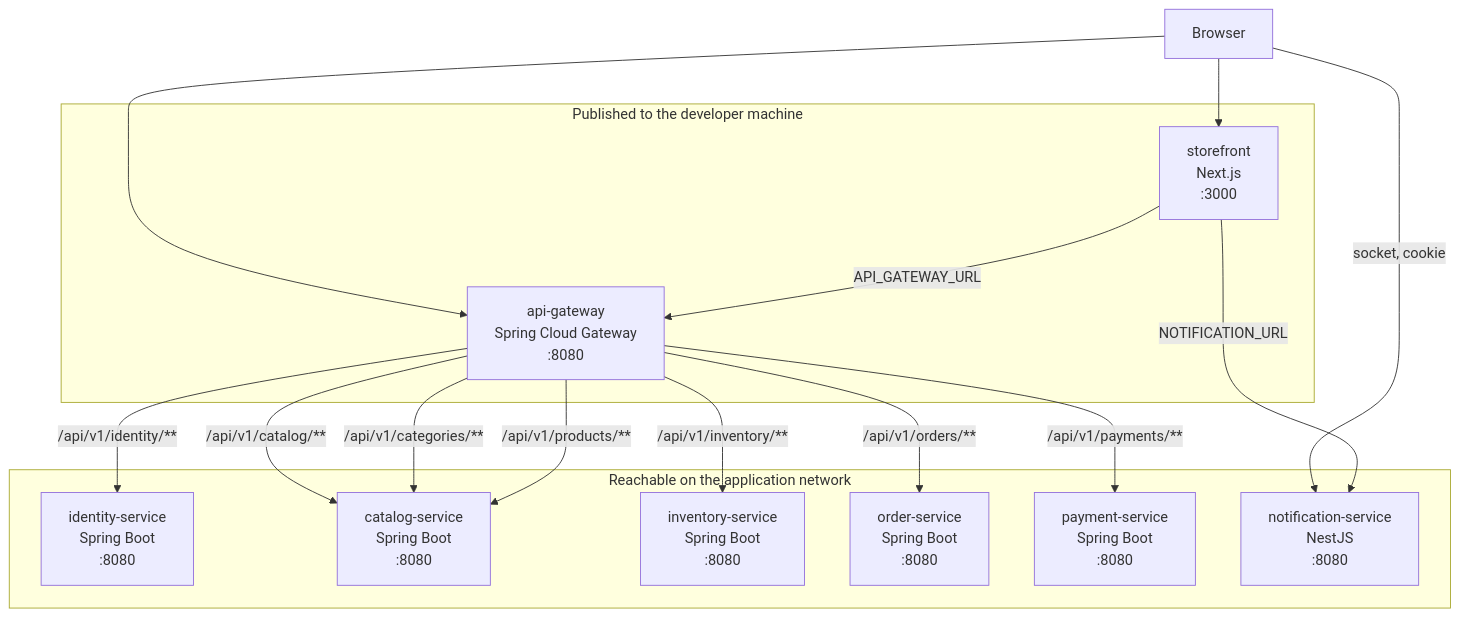
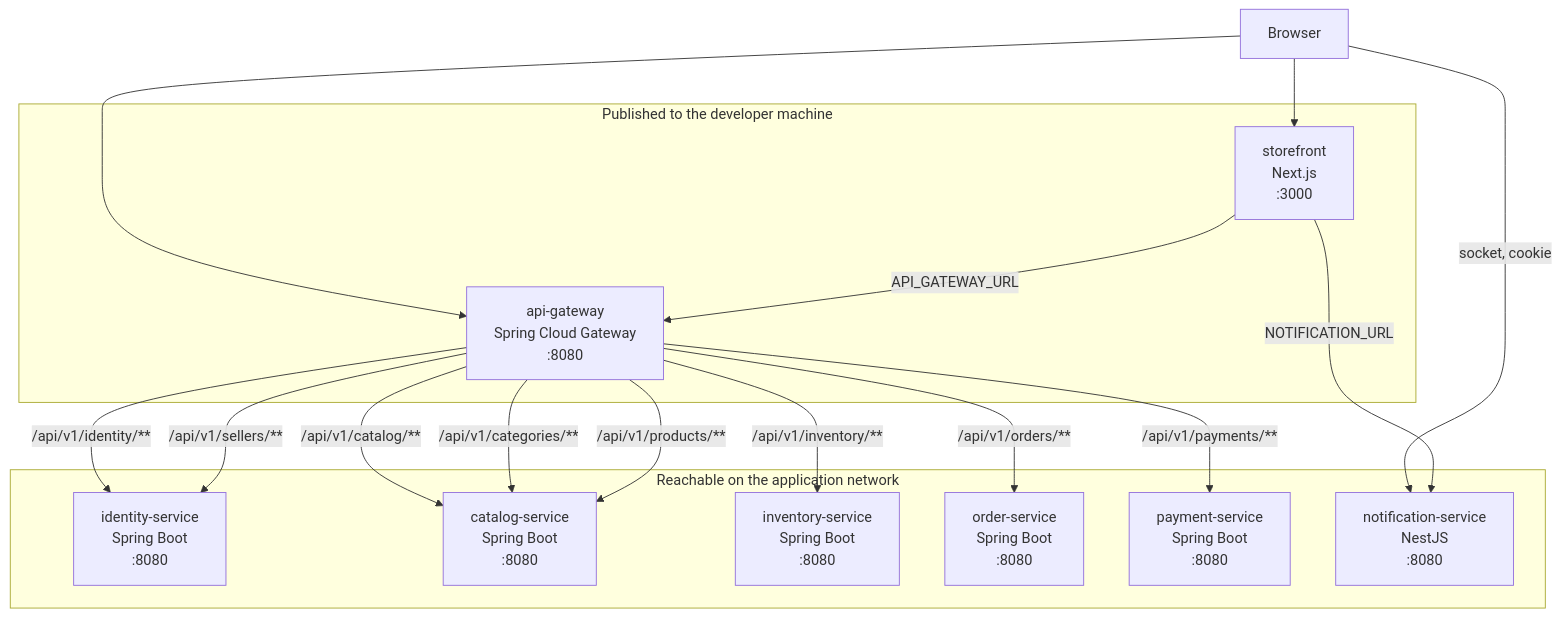
One commit to lecongnhat247/bazaar changed the diagram in docs/architecture/container-diagram.md. Above: the diagram before and after it, drawn with Mermaid. The commit also changed other lines of this file and 39 other files, not shown here.

````diff
--- a/docs/architecture/container-diagram.md
+++ b/docs/architecture/container-diagram.md
@@ -5,31 +5,32 @@
 ```mermaid
 flowchart TB
   browser[Browser]
 
   subgraph clientHost [Published to the developer machine]
     storefront["storefront<br/>Next.js<br/>:3000"]
     gateway["api-gateway<br/>Spring Cloud Gateway<br/>:8080"]
   end
 
   subgraph internal [Reachable on the application network]
     identity["identity-service<br/>Spring Boot<br/>:8080"]
     catalog["catalog-service<br/>Spring Boot<br/>:8080"]
     inventory["inventory-service<br/>Spring Boot<br/>:8080"]
     orders["order-service<br/>Spring Boot<br/>:8080"]
     payments["payment-service<br/>Spring Boot<br/>:8080"]
     notify["notification-service<br/>NestJS<br/>:8080"]
   end
 
   browser --> storefront
   browser --> gateway
   browser -->|socket, cookie| notify
   storefront -->|API_GATEWAY_URL| gateway
   storefront -->|NOTIFICATION_URL| notify
   gateway -->|/api/v1/identity/**| identity
+  gateway -->|/api/v1/sellers/**| identity
   gateway -->|/api/v1/catalog/**| catalog
   gateway -->|/api/v1/categories/**| catalog
   gateway -->|/api/v1/products/**| catalog
   gateway -->|/api/v1/inventory/**| inventory
   gateway -->|/api/v1/orders/**| orders
   gateway -->|/api/v1/payments/**| payments
 ```
````
